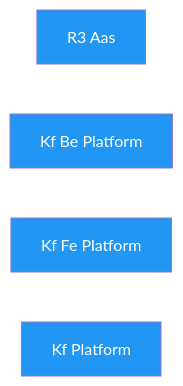
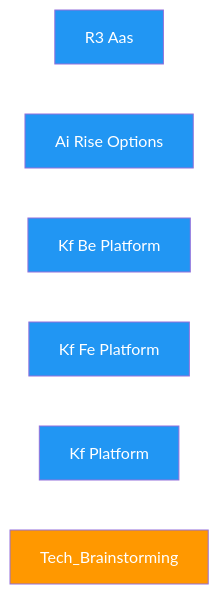
Before and after one commit to Katty-Fashion/kf-cpto: the diagram in docs/dependency-graph.md, drawn with Mermaid. The commit also changed other lines of this file and 14 other files, not shown here.

````diff
--- a/docs/dependency-graph.md
+++ b/docs/dependency-graph.md
@@ -10,11 +10,13 @@
 ```mermaid
 graph LR
     R3_AAS["R3 Aas"]:::eu
+    ai_rise_options["Ai Rise Options"]:::eu
     kf_be_platform["Kf Be Platform"]:::eu
     kf_fe_platform["Kf Fe Platform"]:::eu
     kf_platform["Kf Platform"]:::eu
+    tech_brainstorming["Tech_Brainstorming"]:::internal
 
     classDef saas fill:#4CAF50,color:#fff
     classDef eu fill:#2196F3,color:#fff
     classDef internal fill:#FF9800,color:#fff
 ```
````
